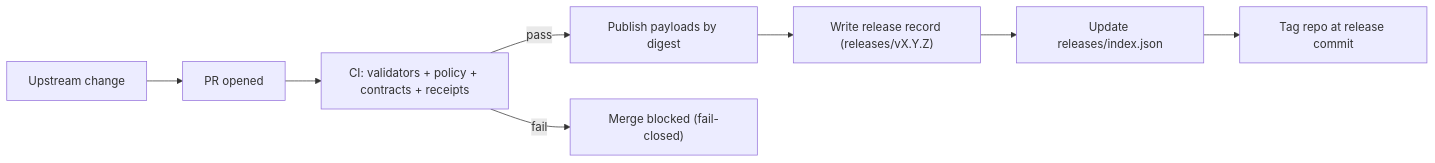
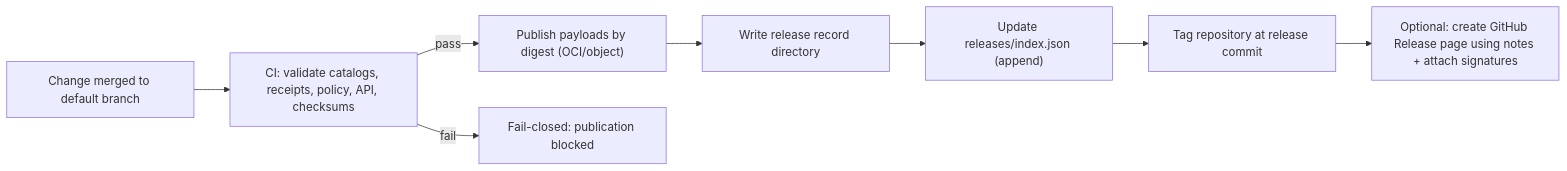
Before and after one commit to bartytime4life/Kansas-Frontier-Matrix: the diagram in releases/README.md, drawn with Mermaid. The commit also changed other lines of this file, not shown here.

First line of the commit message:
Revise README for KFM release governance and structure

````diff
--- a/releases/README.md
+++ b/releases/README.md
@@ -204,10 +363,10 @@
 ```mermaid
 flowchart LR
-  A["Upstream change"] --> B["PR opened"]
-  B --> C["CI: validators + policy + contracts + receipts"]
-  C -->|"pass"| D["Publish payloads by digest"]
-  C -->|"fail"| X["Merge blocked (fail-closed)"]
-  D --> E["Write release record (releases/vX.Y.Z)"]
-  E --> F["Update releases/index.json"]
-  F --> G["Tag repo at release commit"]
+  A["Change merged to default branch"] --> B["CI: validate catalogs, receipts, policy, API, checksums"]
+  B -->|"pass"| C["Publish payloads by digest (OCI/object)"]
+  B -->|"fail"| X["Fail-closed: publication blocked"]
+  C --> D["Write release record directory"]
+  D --> E["Update releases/index.json (append)"]
+  E --> F["Tag repository at release commit"]
+  F --> G["Optional: create GitHub Release page using notes + attach signatures"]
 ```
````
